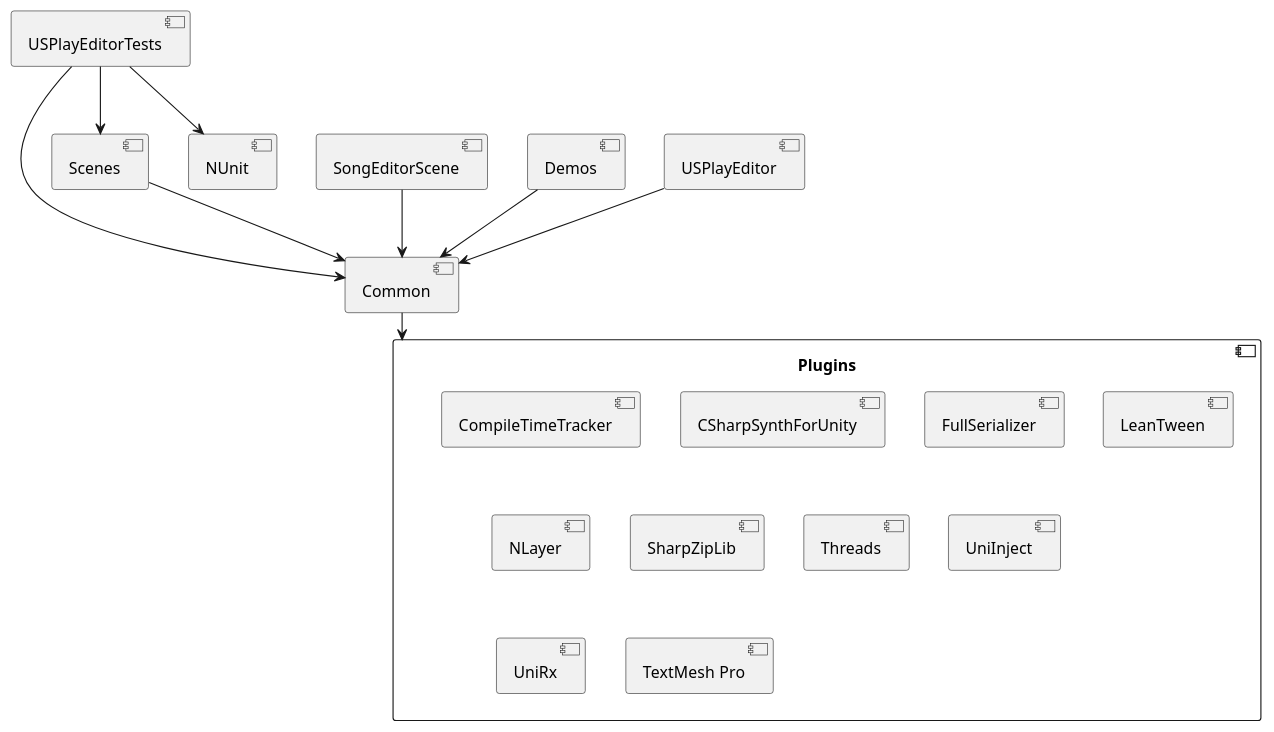
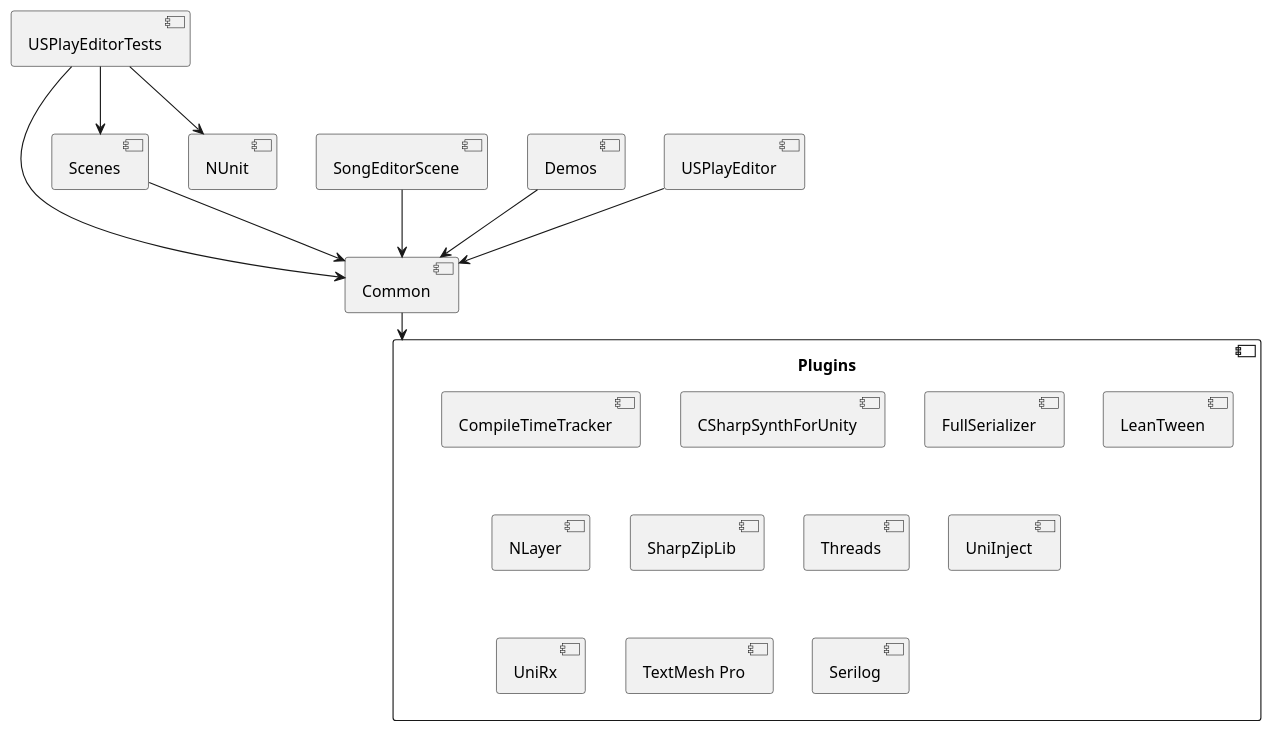
One commit to UltraStar-Deluxe/Play changed the diagram in documentation/assembly-dependencies.plantuml. Above: the diagram before and after it, drawn with PlantUML.

Commit message:
added Serilog to assembly-dependencies.plantuml (#216)

```diff
--- a/documentation/assembly-dependencies.plantuml
+++ b/documentation/assembly-dependencies.plantuml
@@ -1,52 +1,53 @@
 @startuml "assembly-dependencies"
 
 ' ---------------------------
 ' Assets/Plugins
 component [Plugins] {
     [CompileTimeTracker]
     [CSharpSynthForUnity]
     [FullSerializer]
     [LeanTween]
     [NLayer]
     [SharpZipLib]
     [Threads]
     [UniInject]
     [UniRx]
     [TextMesh Pro]
+    [Serilog]
 }
 
 ' ---------------------------
 ' Assets/Common
 [Common]
 
 ' ---------------------------
 ' Assets/Scenes
 [Scenes]
 [SongEditorScene]
 [Demos]
 
 ' ---------------------------
 ' Assets/Editor
 [USPlayEditor]
 [USPlayEditorTests]
 
 ' ---------------------------
 ' Unity environment
 [NUnit]
 
 ' ---------------------------
 ' Dependencies
 
 Common --> Plugins
 
 Scenes --> Common
 SongEditorScene --> Common
 Demos --> Common
 
 USPlayEditor --> Common
 
 USPlayEditorTests --> Common
 USPlayEditorTests --> Scenes
 USPlayEditorTests --> NUnit
 
 @enduml
```
